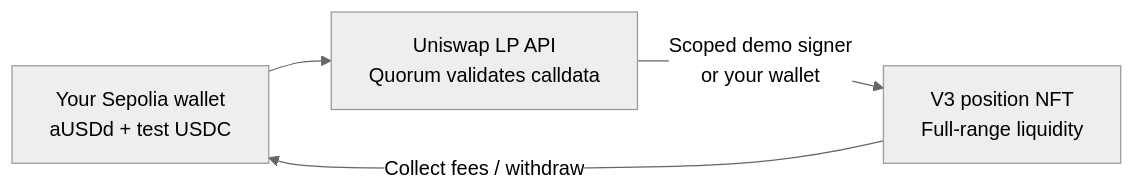
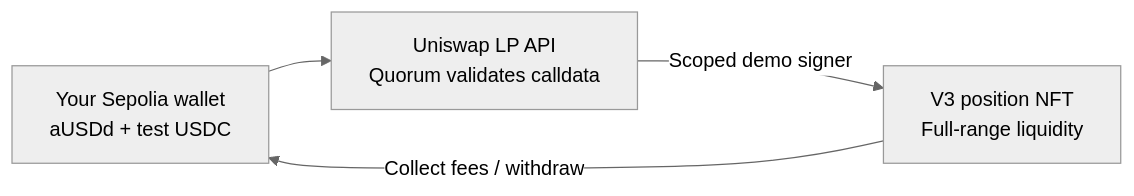
One commit to jmgomezl/aivy-parametric-pool changed the third of 5 diagrams in README.md. Above: the diagram before and after it, drawn with Mermaid (neutral theme). The commit also changed other lines of this file and 14 other files, not shown here.

Commit message:
Remove external-wallet branches from the public demo

````diff
--- a/README.md
+++ b/README.md
@@ -194,6 +194,6 @@
 ```mermaid
 flowchart LR
   W["Your Sepolia wallet<br/>aUSDd + test USDC"] --> A["Uniswap LP API<br/>Quorum validates calldata"]
-  A -->|"Scoped demo signer<br/>or your wallet"| N["V3 position NFT<br/>Full-range liquidity"]
+  A -->|"Scoped demo signer"| N["V3 position NFT<br/>Full-range liquidity"]
   N -->|"Collect fees / withdraw"| W
 ```
````
